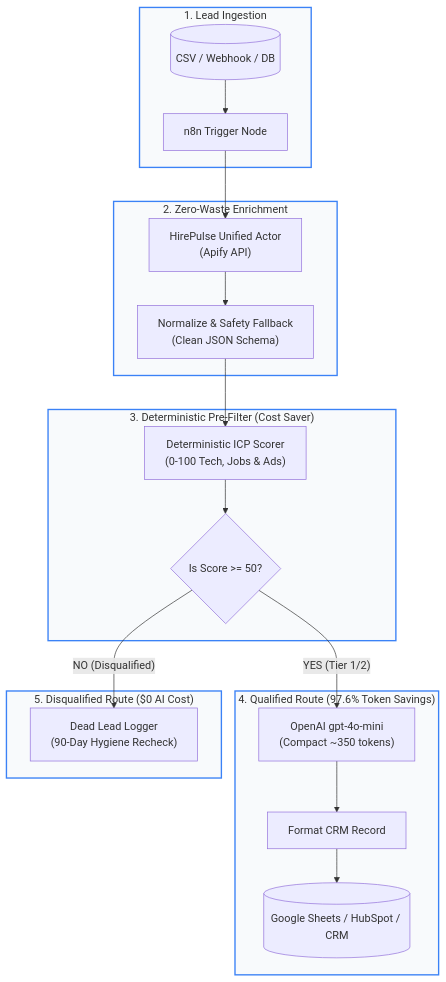
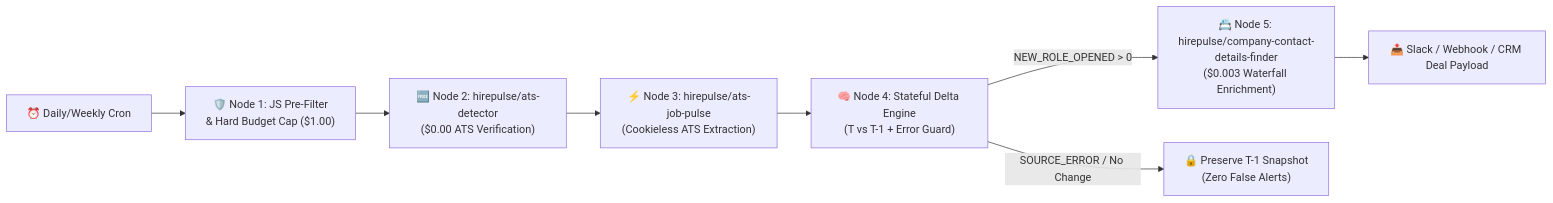
Before and after one commit to edtool79-collab/hirepulse-tools: the diagram in n8n/README.md, drawn with Mermaid. The commit also changed other lines of this file and 6 other files, not shown here.

Commit message:
feat(n8n): add Smart Stateful Delta Operator workflows, video demo, and honest cost-cap documentation

````diff
--- a/n8n/README.md
+++ b/n8n/README.md
@@ -34,30 +67,10 @@
 ```mermaid
-flowchart TD
-    subgraph S1["1. Lead Ingestion"]
-        In[("CSV / Webhook / DB")] --> Trigger["n8n Trigger Node"]
-    end
-
-    subgraph S2["2. Zero-Waste Enrichment"]
-        Trigger --> Apify["HirePulse Unified Actor\n(Apify API)"]
-        Apify --> Norm["Normalize & Safety Fallback\n(Clean JSON Schema)"]
-    end
-
-    subgraph S3["3. Deterministic Pre-Filter (Cost Saver)"]
-        Norm --> CodeFilter["Deterministic ICP Scorer\n(0-100 Tech, Jobs & Ads)"]
-        CodeFilter --> Gate{"Is Score >= 50?"}
-    end
-
-    subgraph S4["4. Qualified Route (97.6% Token Savings)"]
-        Gate -- "YES (Tier 1/2)" --> LLM["OpenAI gpt-4o-mini\n(Compact ~350 tokens)"]
-        LLM --> Format["Format CRM Record"]
-        Format --> CRM[("Google Sheets / HubSpot / CRM")]
-    end
-
-    subgraph S5["5. Disqualified Route ($0 AI Cost)"]
-        Gate -- "NO (Disqualified)" --> Disq["Dead Lead Logger\n(90-Day Hygiene Recheck)"]
-    end
-
-    classDef stage fill:#f8fafc,stroke:#3b82f6,stroke-width:2px;
-    classDef highlight fill:#dbeafe,stroke:#1d4ed8,stroke-width:2px;
-    class S1,S2,S3,S4,S5 stage;
+flowchart LR
+    Cron["⏰ Daily/Weekly Cron"] --> Cap["🛡️ Node 1: JS Pre-Filter\n& Hard Budget Cap ($1.00)"]
+    Cap --> FreeGate["🆓 Node 2: hirepulse/ats-detector\n($0.00 ATS Verification)"]
+    FreeGate --> Pulse["⚡ Node 3: hirepulse/ats-job-pulse\n(Cookieless ATS Extraction)"]
+    Pulse --> Delta["🧠 Node 4: Stateful Delta Engine\n(T vs T-1 + Error Guard)"]
+    Delta -- "NEW_ROLE_OPENED > 0" --> Contacts["📇 Node 5: hirepulse/company-contact-details-finder\n($0.003 Waterfall Enrichment)"]
+    Delta -- "SOURCE_ERROR / No Change" --> Preserve["🔒 Preserve T-1 Snapshot\n(Zero False Alerts)"]
+    Contacts --> Brief["📤 Slack / Webhook / CRM Deal Payload"]
 ```
````
